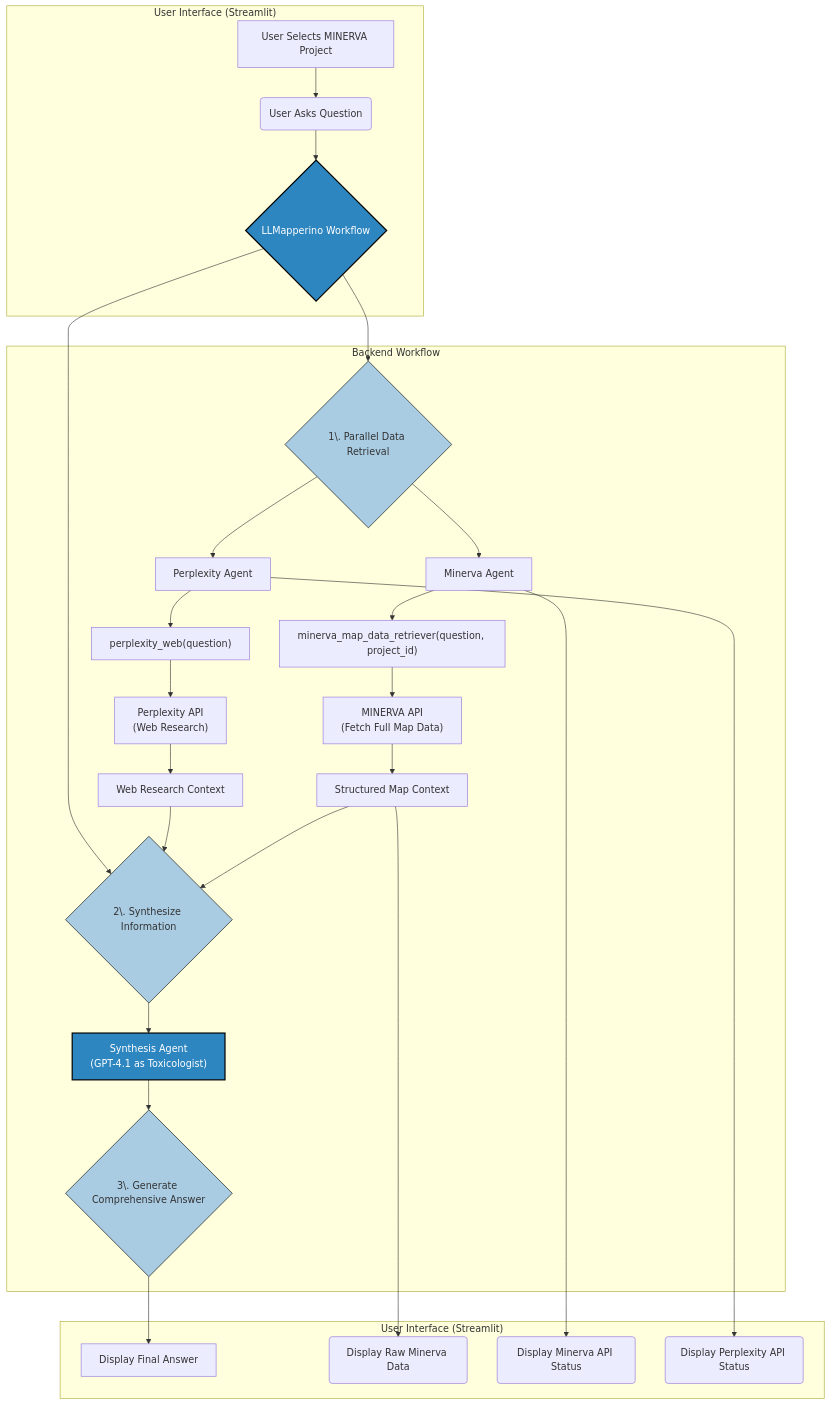
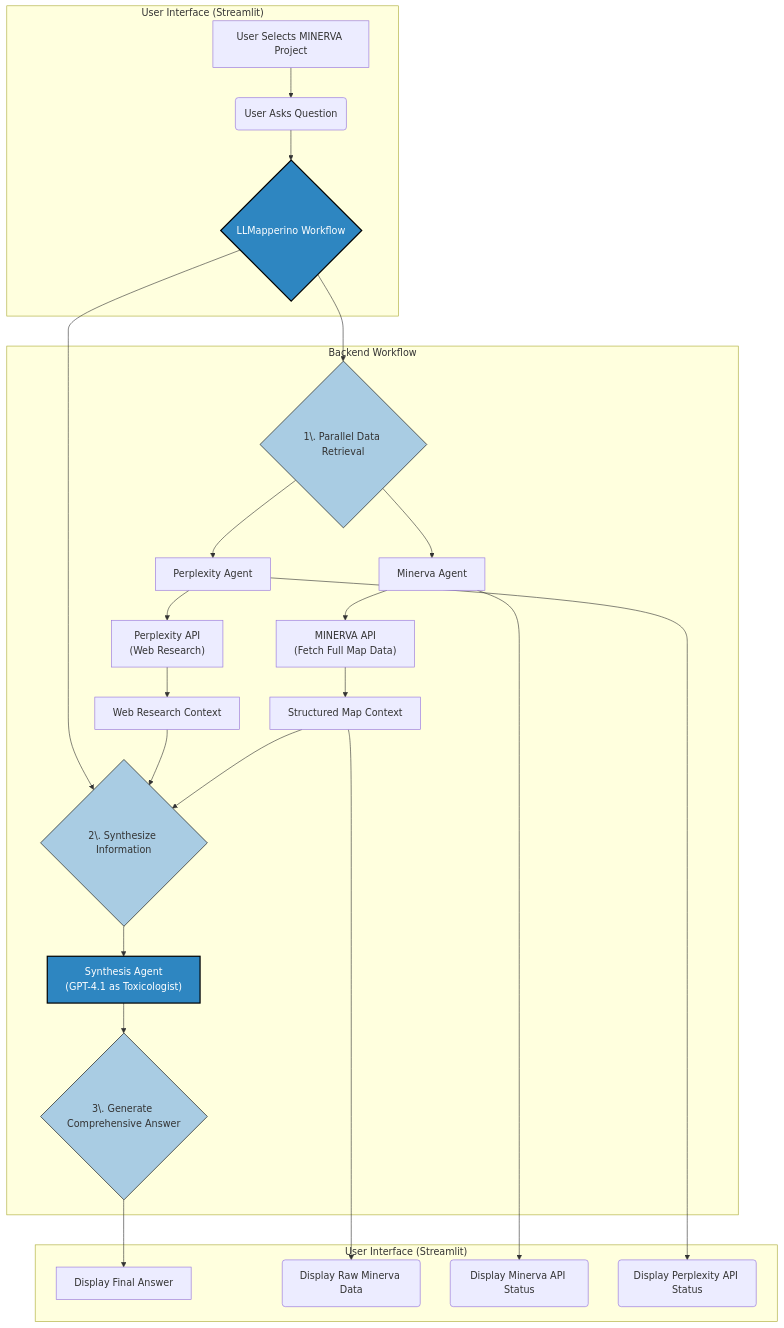
One commit to ontox-project/Llemy changed the diagram in README.md. Above: the diagram before and after it, drawn with Mermaid. The commit also changed other lines of this file and 9 other files, not shown here.

````diff
--- a/README.md
+++ b/README.md
@@ -17,41 +17,39 @@
 ```mermaid
 graph TD
     subgraph "User Interface (Streamlit)"
         A[User Selects MINERVA Project] --> B;
         B(User Asks Question) --> C{LLMapperino Workflow};
     end
 
     subgraph "Backend Workflow"
         C --> D{1\. Parallel Data Retrieval};
         D --> E[Minerva Agent];
         D --> F[Perplexity Agent];
 
-        E --> G["minerva_map_data_retriever(question, project_id)"];
-        G --> H["MINERVA API <br> (Fetch Full Map Data)"];
+        E --> H["MINERVA API <br> (Fetch Full Map Data)"];
         H --> I[Structured Map Context];
 
-        F --> J["perplexity_web(question)"];
-        J --> K["Perplexity API <br> (Web Research)"];
+        F --> K["Perplexity API <br> (Web Research)"];
         K --> L[Web Research Context];
 
         I --> M{2\. Synthesize Information};
         L --> M;
         C --> M
 
         M --> N["Synthesis Agent <br> (GPT-4.1 as Toxicologist)"];
         N --> O{3\. Generate Comprehensive Answer};
     end
 
     subgraph "User Interface (Streamlit)"
         O --> P[Display Final Answer];
         I --> Q(Display Raw Minerva Data);
         E --> R(Display Minerva API Status);
         F --> S(Display Perplexity API Status);
     end
 
     style C fill:#2E86C1,stroke:#000,stroke-width:2px,color:#fff
     style N fill:#2E86C1,stroke:#000,stroke-width:2px,color:#fff
     style D fill:#A9CCE3,stroke:#000
     style M fill:#A9CCE3,stroke:#000
     style O fill:#A9CCE3,stroke:#000
 ```
````
